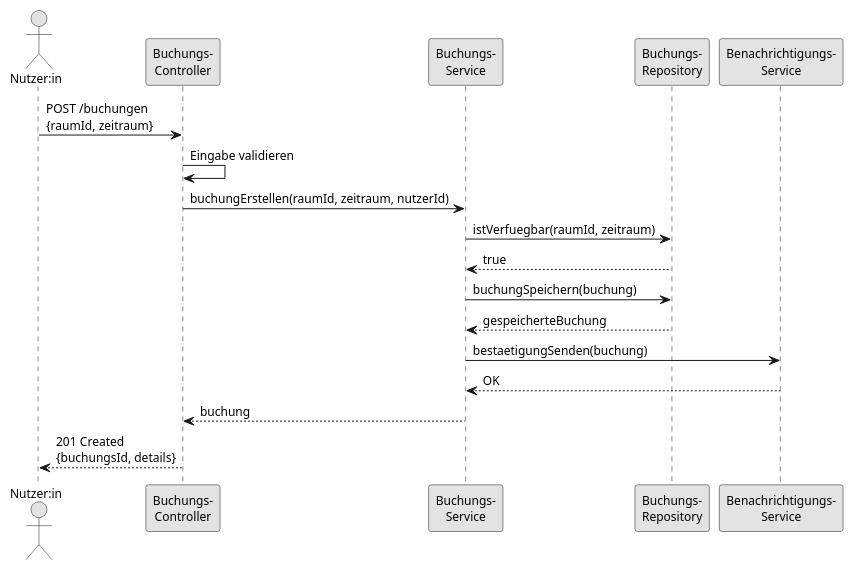
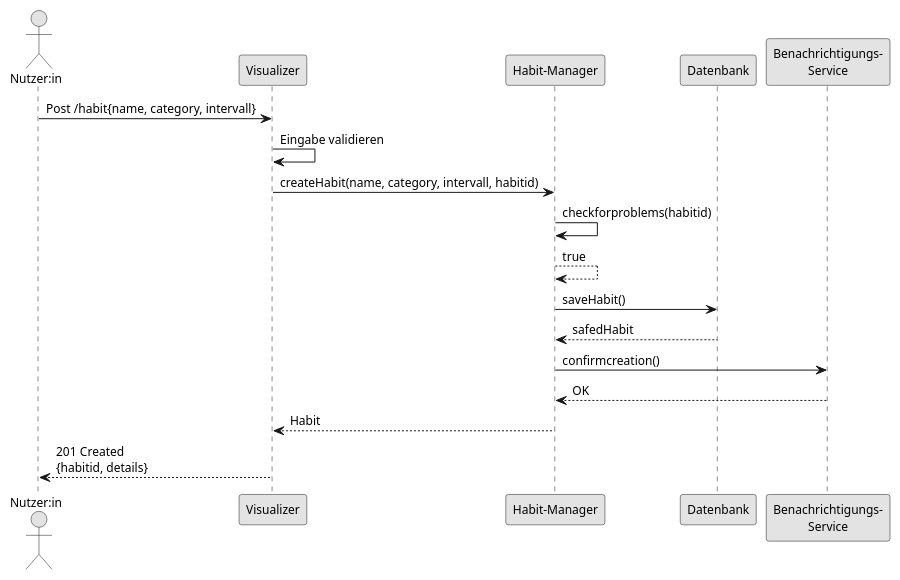
The third of 5 diagrams in docs/technical/design.adoc (nac1dy/Habit-Tracker), drawn with PlantUML before and after one commit. The commit also changed other lines of this file and 1 other file, not shown here.

Commit message:
PLEASE REVIEW Update architecture and design documentation for Habito system components and interactions

```diff
--- a/docs/technical/design.adoc
+++ b/docs/technical/design.adoc
@@ -188,26 +175,26 @@
 [plantuml, sequence-booking, svg]
 ....
 @startuml
 skinparam monochrome true
 skinparam defaultFontSize 12
 
 actor "Nutzer:in" as user
-participant "Buchungs-\nController" as ctrl
-participant "Buchungs-\nService" as svc
-participant "Buchungs-\nRepository" as repo
+participant "Visualizer" as ctrl
+participant "Habit-Manager" as svc
+participant "Datenbank" as repo
 participant "Benachrichtigungs-\nService" as notify
 
-user -> ctrl : POST /buchungen\n{raumId, zeitraum}
+user -> ctrl : Post /habit{name, category, intervall}
 ctrl -> ctrl : Eingabe validieren
-ctrl -> svc : buchungErstellen(raumId, zeitraum, nutzerId)
-svc -> repo : istVerfuegbar(raumId, zeitraum)
-repo --> svc : true
-svc -> repo : buchungSpeichern(buchung)
-repo --> svc : gespeicherteBuchung
-svc -> notify : bestaetigungSenden(buchung)
+ctrl -> svc : createHabit(name, category, intervall, habitid)
+svc -> svc : checkforproblems(habitid)
+svc --> svc : true
+svc -> repo : saveHabit()
+repo --> svc : safedHabit
+svc -> notify : confirmcreation()
 notify --> svc : OK
-svc --> ctrl : buchung
-ctrl --> user : 201 Created\n{buchungsId, details}
+svc --> ctrl : Habit
+ctrl --> user : 201 Created\n{habitid, details}
 
 @enduml
 ....
```
